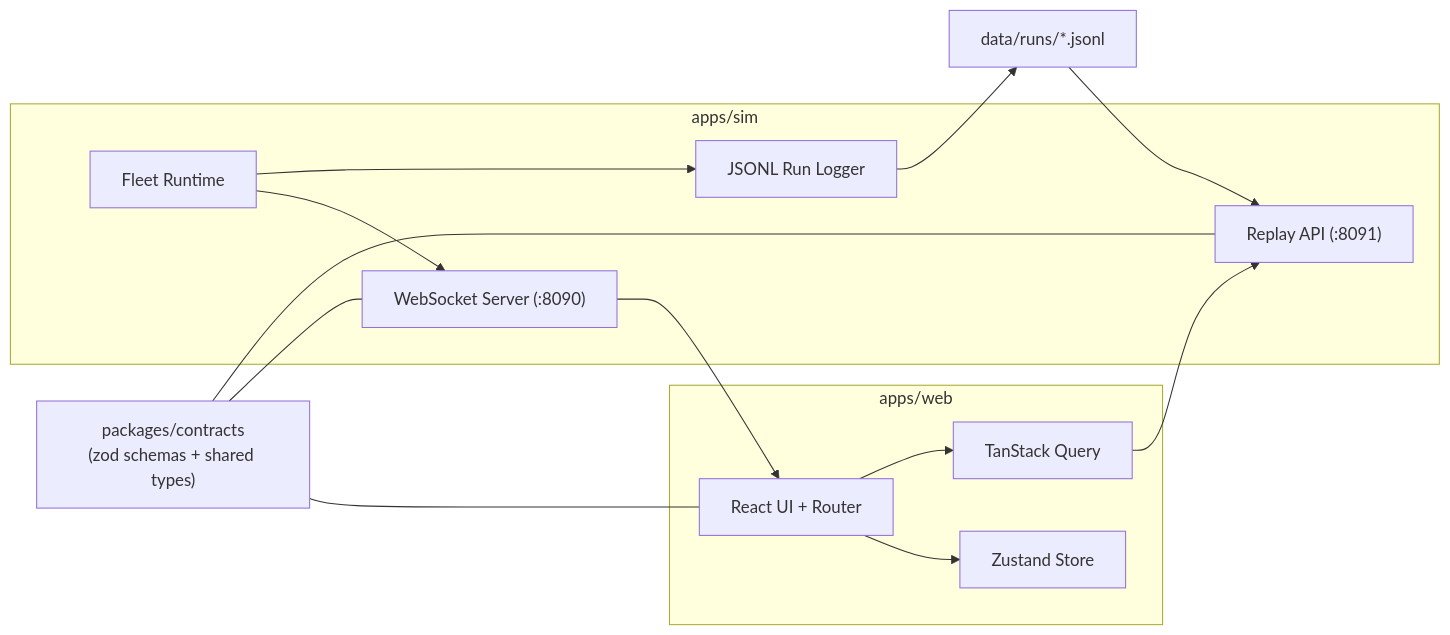
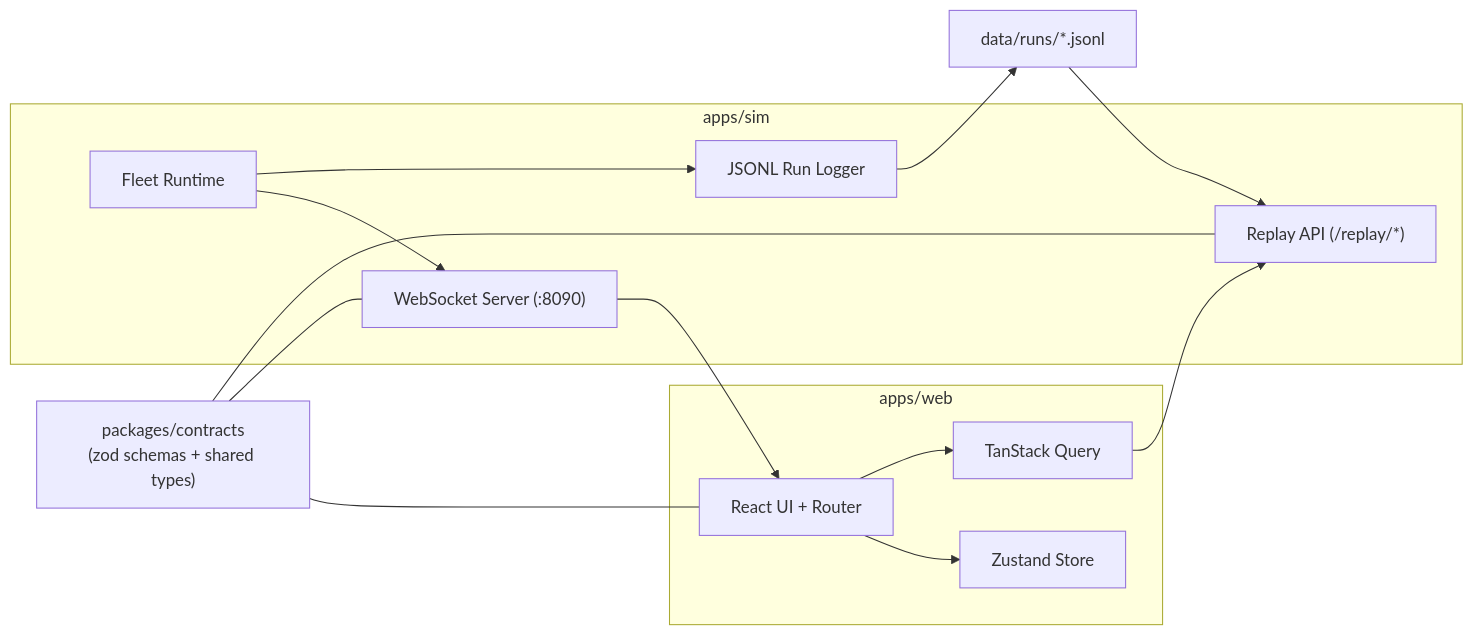
Before and after one commit to oleg-nazarov/roboops-mission-control: the diagram in README.md, drawn with Mermaid. The commit also changed other lines of this file and 11 other files, not shown here.

````diff
--- a/README.md
+++ b/README.md
@@ -181,29 +184,29 @@
 ```mermaid
 flowchart LR
   subgraph Frontend["apps/web"]
     UI["React UI + Router"]
     Store["Zustand Store"]
     Query["TanStack Query"]
   end
 
   subgraph Simulator["apps/sim"]
     Fleet["Fleet Runtime"]
     WS["WebSocket Server (:8090)"]
     Logger["JSONL Run Logger"]
-    ReplayAPI["Replay API (:8091)"]
+    ReplayAPI["Replay API (/replay/*)"]
   end
 
   Contracts["packages/contracts\n(zod schemas + shared types)"]
   Runs["data/runs/*.jsonl"]
 
   Fleet --> WS
   Fleet --> Logger --> Runs
   Runs --> ReplayAPI
   WS --> UI
   UI --> Store
   Query --> ReplayAPI
   UI --> Query
   Contracts --- UI
   Contracts --- WS
   Contracts --- ReplayAPI
 ```
````
